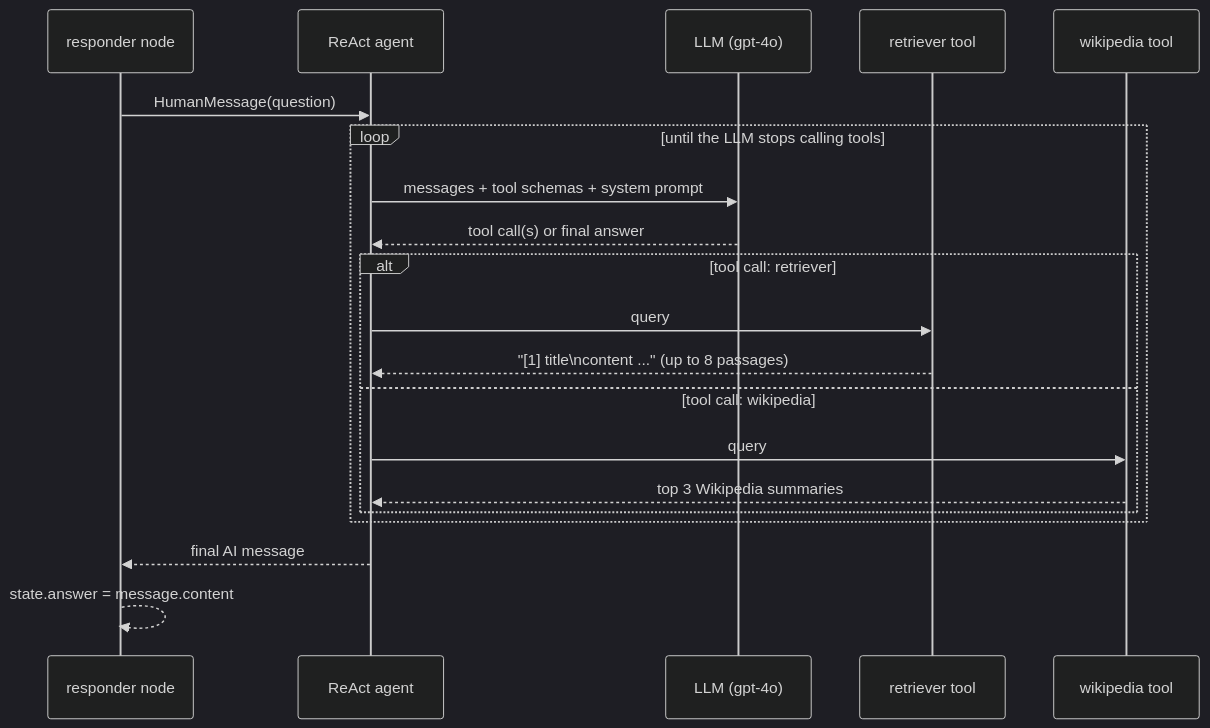
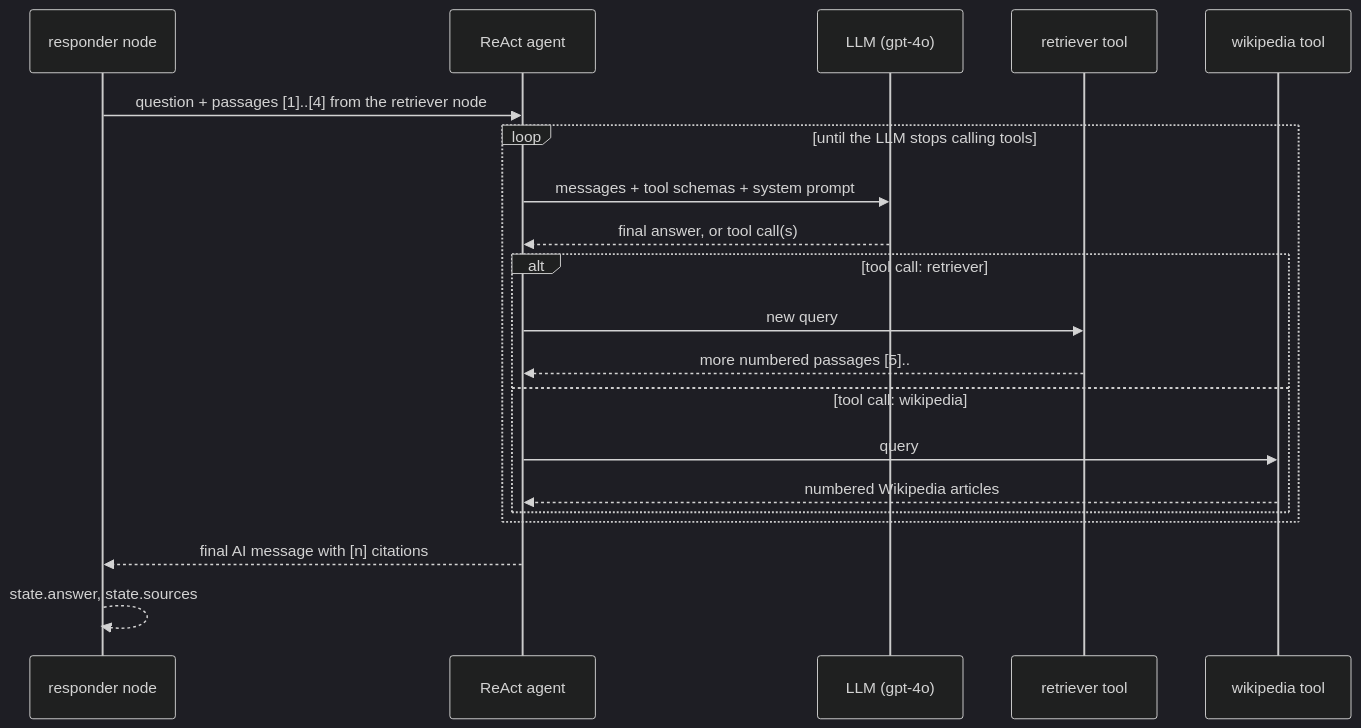
One commit to AdithyaHrudai/rag1 changed the fifth of 5 diagrams in README.md. Above: the diagram before and after it, drawn with Mermaid (dark theme). The commit also changed other lines of this file, not shown here.

Commit message:
Update README for PDF upload, saved index and citations

````diff
--- a/README.md
+++ b/README.md
@@ -166,23 +189,23 @@
 ```mermaid
 sequenceDiagram
     participant N as responder node
     participant Ag as ReAct agent
     participant M as LLM (gpt-4o)
     participant R as retriever tool
     participant W as wikipedia tool
 
-    N->>Ag: HumanMessage(question)
+    N->>Ag: question + passages [1]..[4] from the retriever node
     loop until the LLM stops calling tools
         Ag->>M: messages + tool schemas + system prompt
-        M-->>Ag: tool call(s) or final answer
+        M-->>Ag: final answer, or tool call(s)
         alt tool call: retriever
-            Ag->>R: query
-            R-->>Ag: "[1] title\ncontent ..." (up to 8 passages)
+            Ag->>R: new query
+            R-->>Ag: more numbered passages [5]..
         else tool call: wikipedia
             Ag->>W: query
-            W-->>Ag: top 3 Wikipedia summaries
+            W-->>Ag: numbered Wikipedia articles
         end
     end
-    Ag-->>N: final AI message
-    N-->>N: state.answer = message.content
+    Ag-->>N: final AI message with [n] citations
+    N-->>N: state.answer, state.sources
 ```
````
